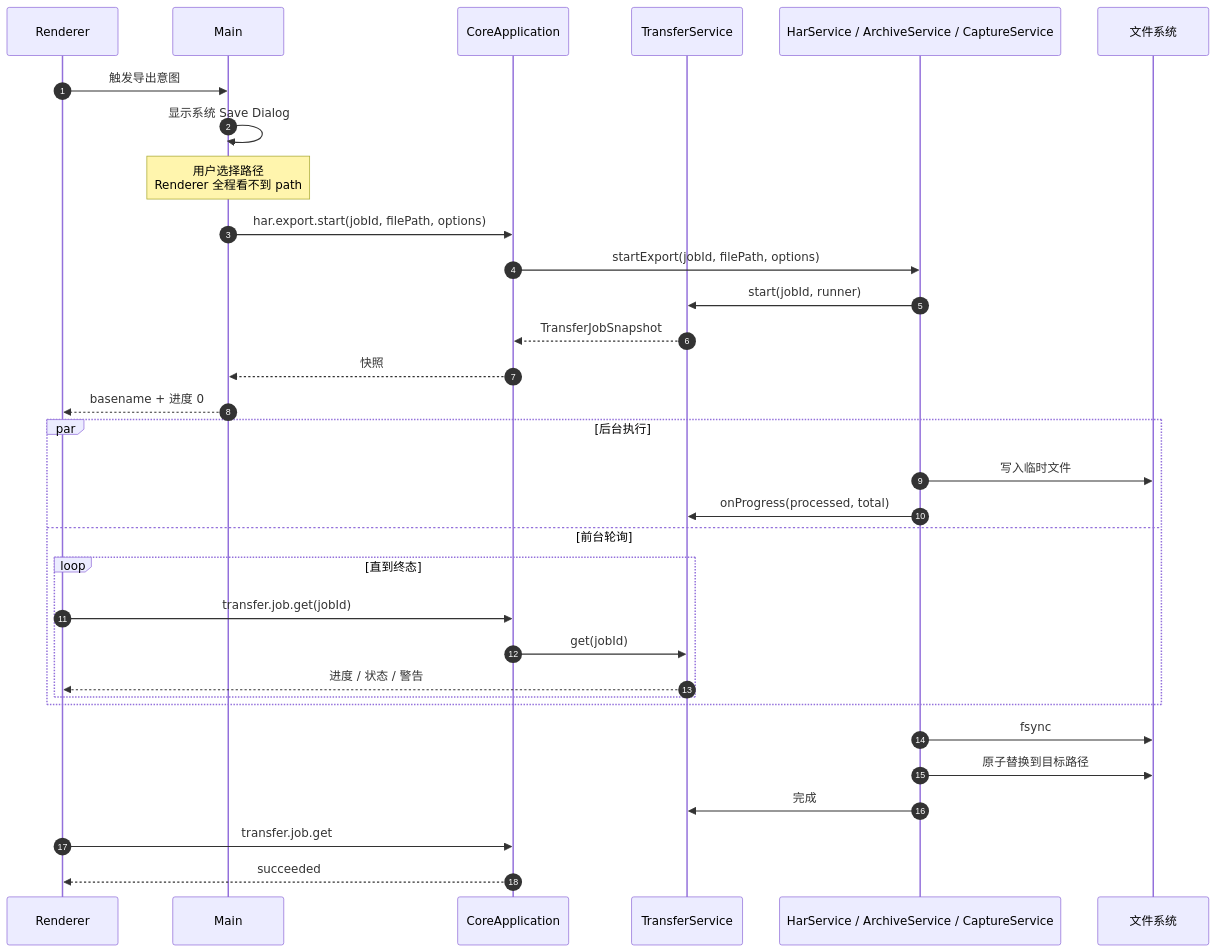
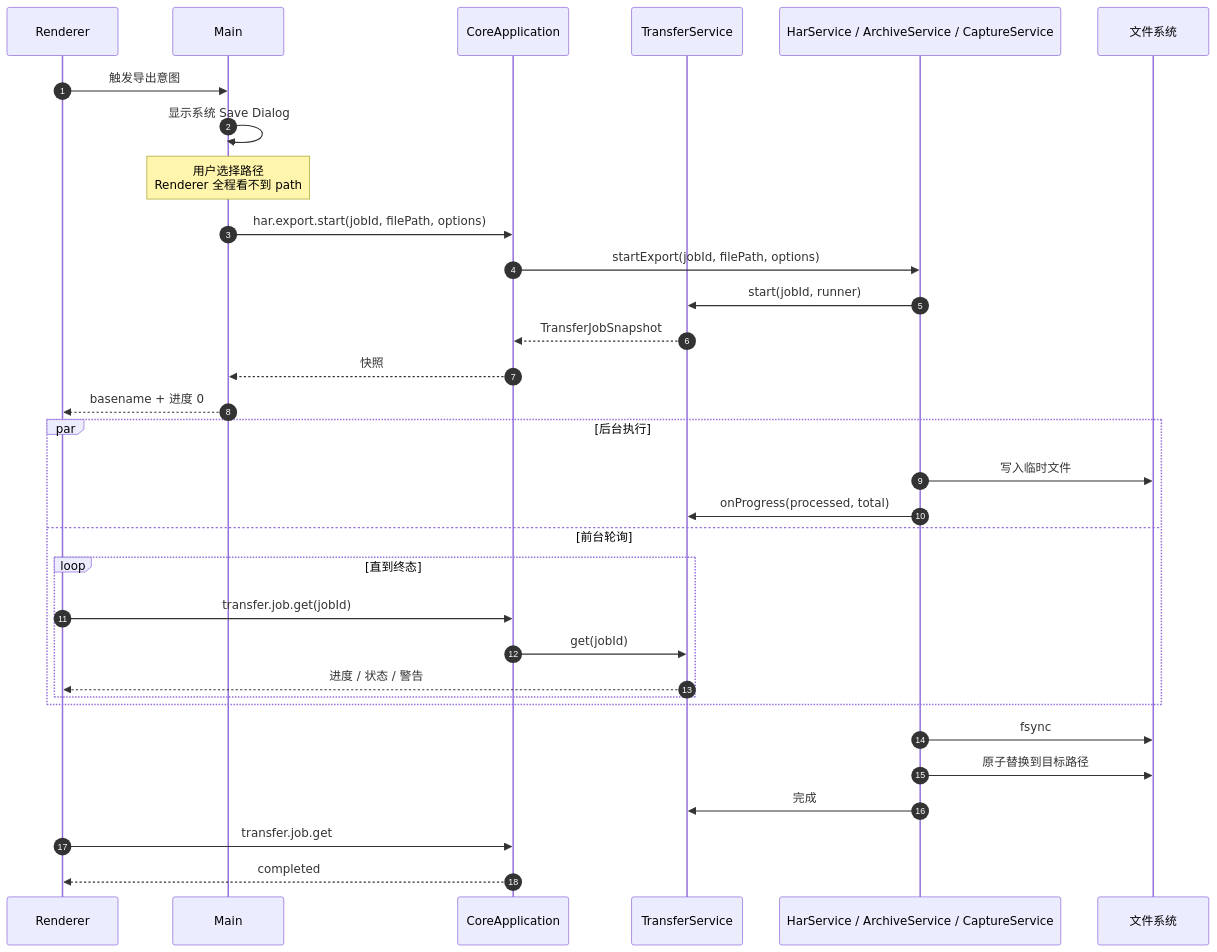
Before and after one commit to zhxmt-xm/Interceptor: the first of 3 diagrams in architecture/features/transfer.md, drawn with Mermaid. The commit also changed other lines of this file and 47 other files, not shown here.

````diff
--- a/architecture/features/transfer.md
+++ b/architecture/features/transfer.md
@@ -71,37 +50,37 @@
 ```mermaid
 sequenceDiagram
     autonumber
     participant UI as Renderer
     participant Main
     participant App as CoreApplication
     participant Jobs as TransferService
     participant Svc as HarService / ArchiveService / CaptureService
     participant FS as 文件系统
 
     UI->>Main: 触发导出意图
     Main->>Main: 显示系统 Save Dialog
     Note over Main: 用户选择路径<br/>Renderer 全程看不到 path
     Main->>App: har.export.start(jobId, filePath, options)
     App->>Svc: startExport(jobId, filePath, options)
     Svc->>Jobs: start(jobId, runner)
     Jobs-->>App: TransferJobSnapshot
     App-->>Main: 快照
     Main-->>UI: basename + 进度 0
 
     par 后台执行
         Svc->>FS: 写入临时文件
         Svc->>Jobs: onProgress(processed, total)
     and 前台轮询
         loop 直到终态
             UI->>App: transfer.job.get(jobId)
             App->>Jobs: get(jobId)
             Jobs-->>UI: 进度 / 状态 / 警告
         end
     end
 
     Svc->>FS: fsync
     Svc->>FS: 原子替换到目标路径
     Svc->>Jobs: 完成
     UI->>App: transfer.job.get
-    App-->>UI: succeeded
+    App-->>UI: completed
 ```
````
